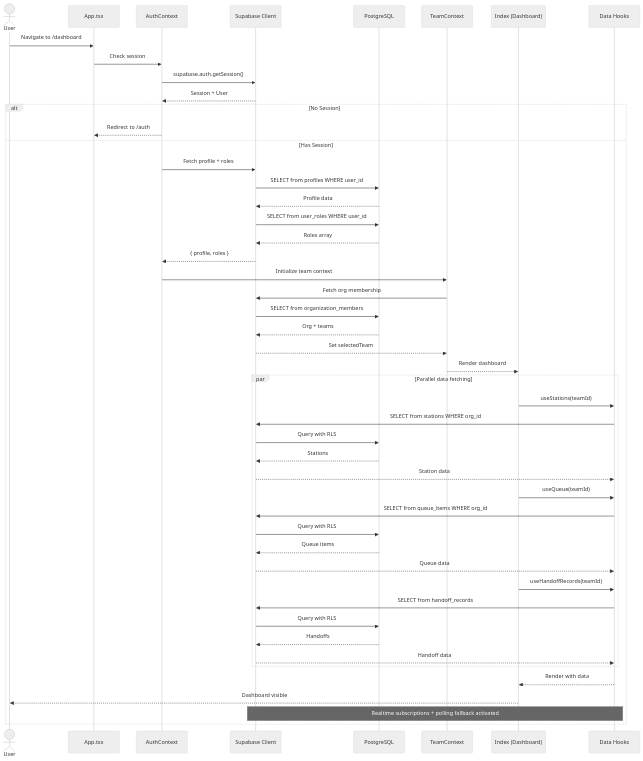
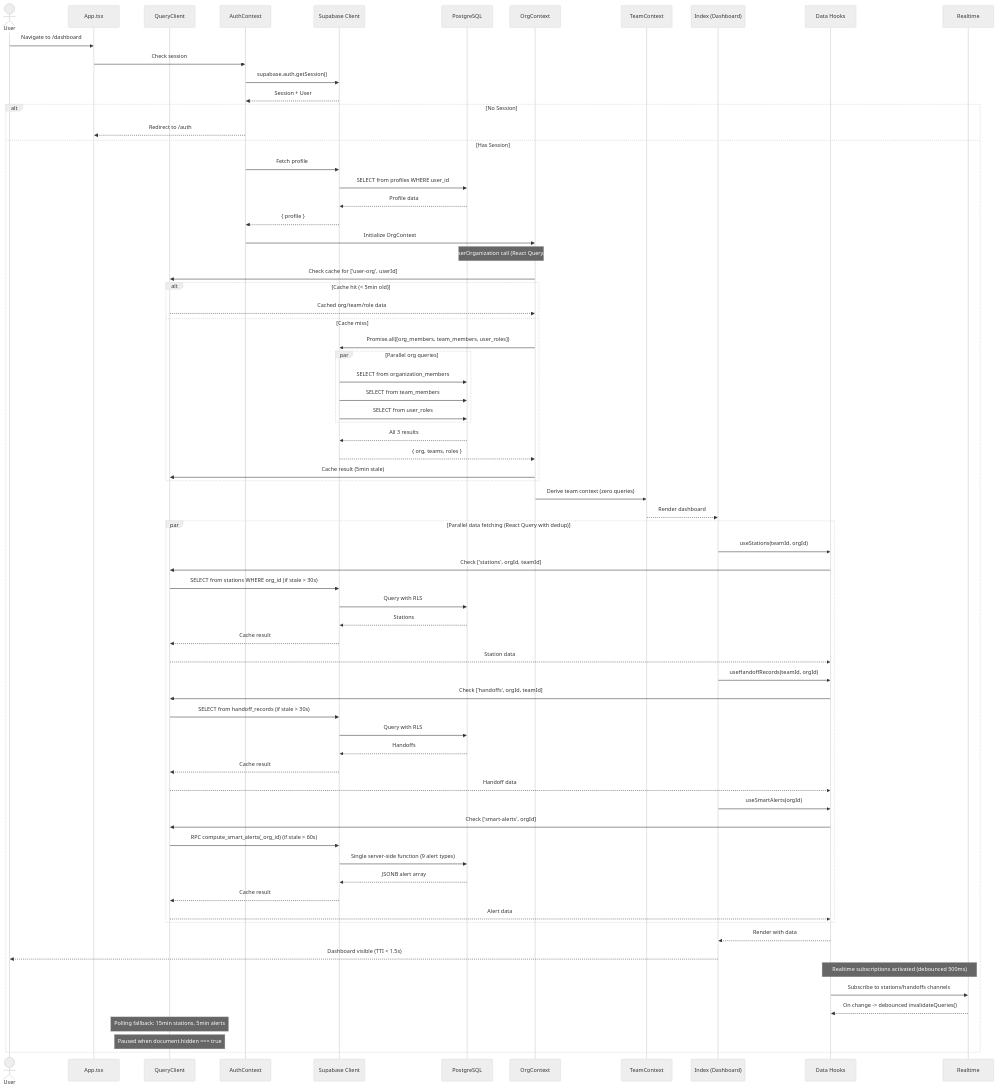
The diagram in docs/mermaid/seq__dashboard_load__v01.mmd (WeCr8-Solutions/shift-handover-hub), drawn with Mermaid (neutral theme) before and after one commit. The commit also changed 6 other files, not shown here.

Commit message:
Update Mermaid diagrams

```diff
--- a/docs/mermaid/seq__dashboard_load__v01.mmd
+++ b/docs/mermaid/seq__dashboard_load__v01.mmd
@@ -1,62 +1,89 @@
-%% Sequence: Dashboard Load
+%% Sequence: Dashboard Load (Post-Performance Optimization)
 %% Type: sequenceDiagram
+%% Updated: 2026-03-08 — reflects phases 1-6
 
 sequenceDiagram
     actor USER as User
     participant APP as App.tsx
+    participant QC as QueryClient
     participant AUTH as AuthContext
     participant SB as Supabase Client
     participant DB as PostgreSQL
+    participant ORG as OrgContext
     participant TEAM as TeamContext
     participant DASH as Index (Dashboard)
     participant HOOKS as Data Hooks
+    participant RT as Realtime
 
     USER->>APP: Navigate to /dashboard
 
     APP->>AUTH: Check session
     AUTH->>SB: supabase.auth.getSession()
     SB-->>AUTH: Session + User
 
     alt No Session
         AUTH-->>APP: Redirect to /auth
     else Has Session
-        AUTH->>SB: Fetch profile + roles
+        AUTH->>SB: Fetch profile
         SB->>DB: SELECT from profiles WHERE user_id
         DB-->>SB: Profile data
-        SB->>DB: SELECT from user_roles WHERE user_id
-        DB-->>SB: Roles array
-        SB-->>AUTH: { profile, roles }
+        SB-->>AUTH: { profile }
 
-        AUTH->>TEAM: Initialize team context
-        TEAM->>SB: Fetch org membership
-        SB->>DB: SELECT from organization_members
-        DB-->>SB: Org + teams
-        SB-->>TEAM: Set selectedTeam
+        AUTH->>ORG: Initialize OrgContext
 
+        Note over ORG,DB: Single useUserOrganization call (React Query, 5min stale)
+        ORG->>QC: Check cache for ['user-org', userId]
+
+        alt Cache hit (< 5min old)
+            QC-->>ORG: Cached org/team/role data
+        else Cache miss
+            ORG->>SB: Promise.all([org_members, team_members, user_roles])
+            par Parallel org queries
+                SB->>DB: SELECT from organization_members
+                SB->>DB: SELECT from team_members
+                SB->>DB: SELECT from user_roles
+            end
+            DB-->>SB: All 3 results
+            SB-->>ORG: { org, teams, roles }
+            ORG->>QC: Cache result (5min stale)
+        end
+
+        ORG->>TEAM: Derive team context (zero queries)
         TEAM-->>DASH: Render dashboard
 
-        par Parallel data fetching
-            DASH->>HOOKS: useStations(teamId)
-            HOOKS->>SB: SELECT from stations WHERE org_id
+        par Parallel data fetching (React Query with dedup)
+            DASH->>HOOKS: useStations(teamId, orgId)
+            HOOKS->>QC: Check ['stations', orgId, teamId]
+            QC->>SB: SELECT from stations WHERE org_id (if stale > 30s)
             SB->>DB: Query with RLS
             DB-->>SB: Stations
-            SB-->>HOOKS: Station data
+            SB-->>QC: Cache result
+            QC-->>HOOKS: Station data
 
-            DASH->>HOOKS: useQueue(teamId)
-            HOOKS->>SB: SELECT from queue_items WHERE org_id
-            SB->>DB: Query with RLS
-            DB-->>SB: Queue items
-            SB-->>HOOKS: Queue data
-
-            DASH->>HOOKS: useHandoffRecords(teamId)
-            HOOKS->>SB: SELECT from handoff_records
+            DASH->>HOOKS: useHandoffRecords(teamId, orgId)
+            HOOKS->>QC: Check ['handoffs', orgId, teamId]
+            QC->>SB: SELECT from handoff_records (if stale > 30s)
             SB->>DB: Query with RLS
             DB-->>SB: Handoffs
-            SB-->>HOOKS: Handoff data
+            SB-->>QC: Cache result
+            QC-->>HOOKS: Handoff data
+
+            DASH->>HOOKS: useSmartAlerts(orgId)
+            HOOKS->>QC: Check ['smart-alerts', orgId]
+            QC->>SB: RPC compute_smart_alerts(_org_id) (if stale > 60s)
+            SB->>DB: Single server-side function (9 alert types)
+            DB-->>SB: JSONB alert array
+            SB-->>QC: Cache result
+            QC-->>HOOKS: Alert data
         end
 
         HOOKS-->>DASH: Render with data
-        DASH-->>USER: Dashboard visible
+        DASH-->>USER: Dashboard visible (TTI < 1.5s)
 
-        Note over HOOKS,SB: Realtime subscriptions + polling fallback activated
+        Note over HOOKS,RT: Realtime subscriptions activated (debounced 500ms)
+        HOOKS->>RT: Subscribe to stations/handoffs channels
+        RT-->>HOOKS: On change -> debounced invalidateQueries()
+
+        Note over QC: Polling fallback: 15min stations, 5min alerts
+        Note over QC: Paused when document.hidden === true
     end
```
